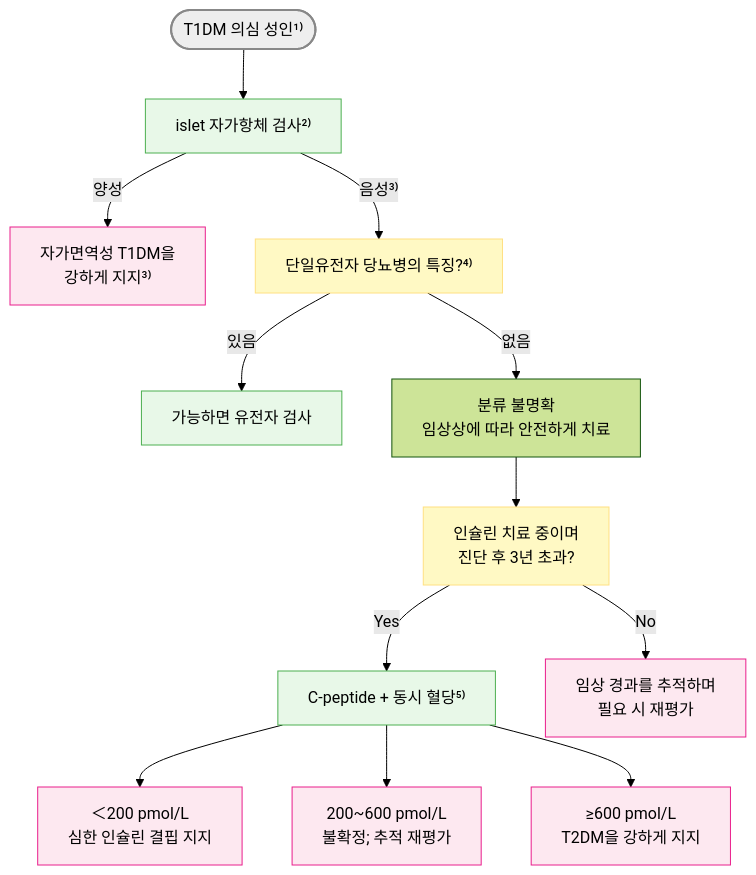
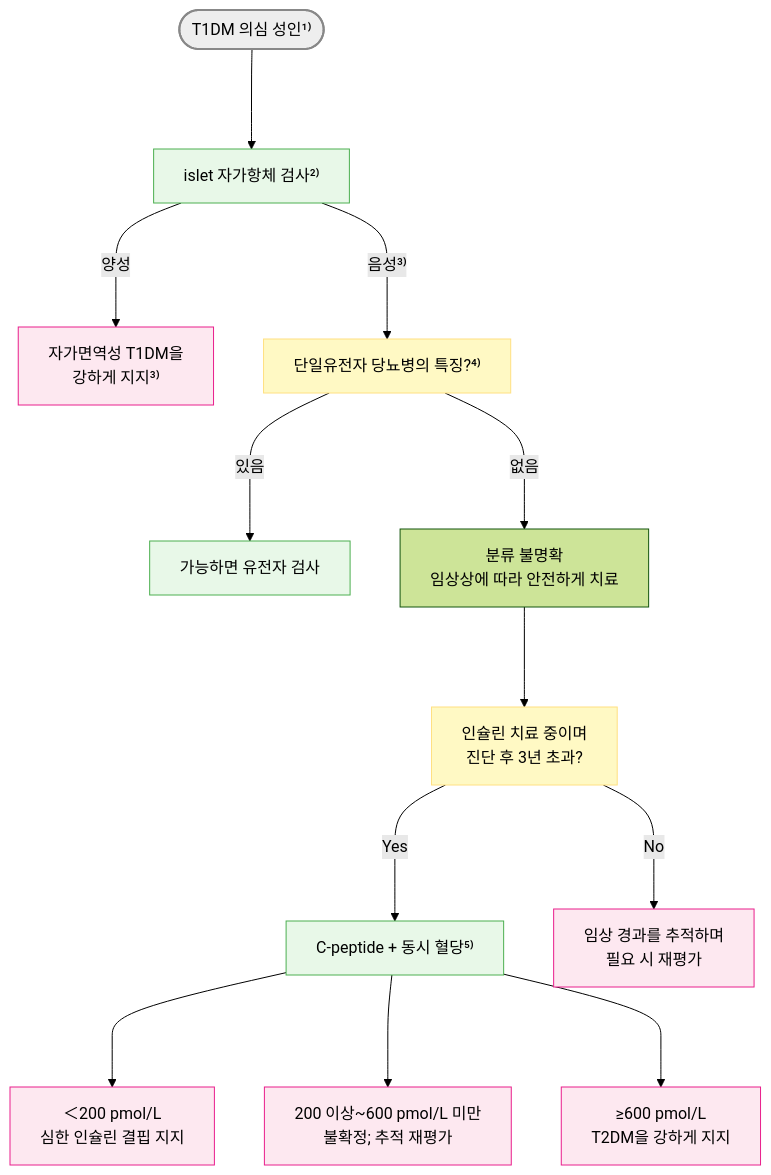
Before and after one commit to familyoh77/familyoh77: the first of 4 diagrams in 226_/100_-diabetes-mellitus.md, drawn with Mermaid (forest theme). The commit also changed other lines of this file and 9 other files, not shown here.

````diff
--- a/226_/100_-diabetes-mellitus.md
+++ b/226_/100_-diabetes-mellitus.md
@@ -196,35 +204,35 @@
 ```mermaid
 graph TD
 Start([T1DM 의심 성인¹⁾])
 Islet[islet 자가항체 검사²⁾]
 T1Support[자가면역성 T1DM을<br>강하게 지지³⁾]
 MonoCheck[단일유전자 당뇨병의 특징?⁴⁾]
 GeneTest[가능하면 유전자 검사]
 Unclear[분류 불명확<br>임상상에 따라 안전하게 치료]
 InsulinCheck[인슐린 치료 중이며<br>진단 후 3년 초과?]
 Cpep[C-peptide + 동시 혈당⁵⁾]
 Low[＜200 pmol/L<br>심한 인슐린 결핍 지지]
-Mid[200~600 pmol/L<br>불확정; 추적 재평가]
+Mid[200 이상~600 pmol/L 미만<br>불확정; 추적 재평가]
 High[≥600 pmol/L<br>T2DM을 강하게 지지]
 Follow[임상 경과를 추적하며<br>필요 시 재평가]
 
-Start --> Islet
-Islet -->|양성| T1Support
-Islet -->|음성³⁾| MonoCheck
-MonoCheck -->|있음| GeneTest
-MonoCheck -->|없음| Unclear
-Unclear --> InsulinCheck
-InsulinCheck -->|Yes| Cpep
-InsulinCheck -->|No| Follow
-Cpep --> Low
-Cpep --> Mid
-Cpep --> High
+Start ---> Islet
+Islet --->|양성| T1Support
+Islet --->|음성³⁾| MonoCheck
+MonoCheck --->|있음| GeneTest
+MonoCheck --->|없음| Unclear
+Unclear ---> InsulinCheck
+InsulinCheck --->|Yes| Cpep
+InsulinCheck --->|No| Follow
+Cpep ---> Low
+Cpep ---> Mid
+Cpep ---> High
 
 style Start fill:#eeeeee,stroke:#888888,stroke-width:2px
 classDef lightGreen fill:#e8f8e8,stroke:#4caf50
 class Islet,GeneTest,Cpep lightGreen
 classDef yellow fill:#fff9c4,stroke:#ffe082
 class MonoCheck,InsulinCheck yellow
 classDef pink fill:#fde8f0,stroke:#e91e8c
 class T1Support,Low,Mid,High,Follow pink
 ```
````
